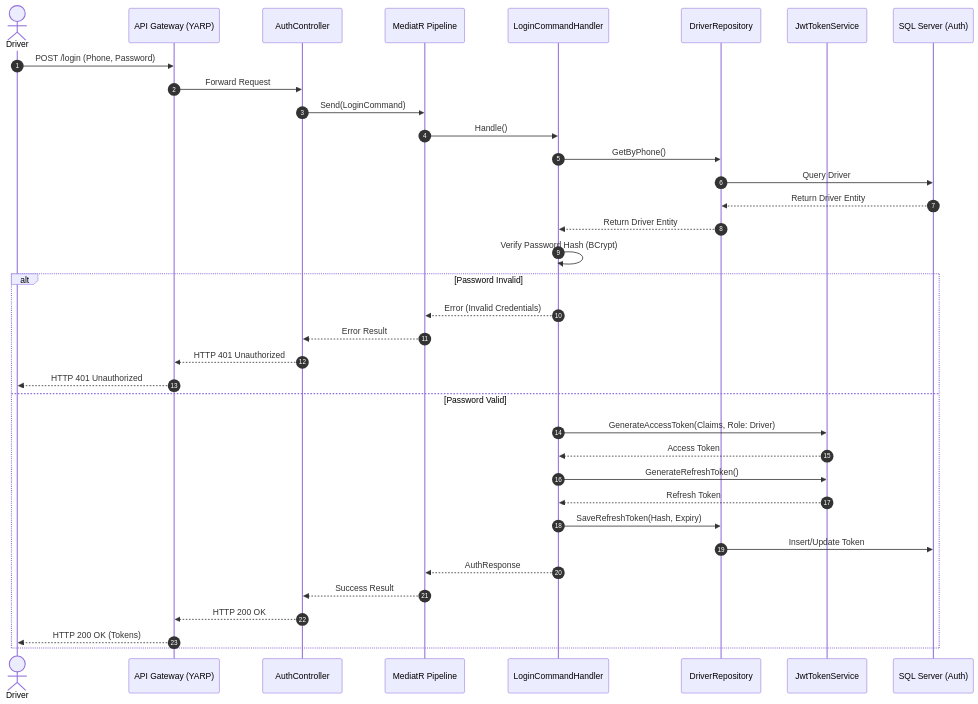
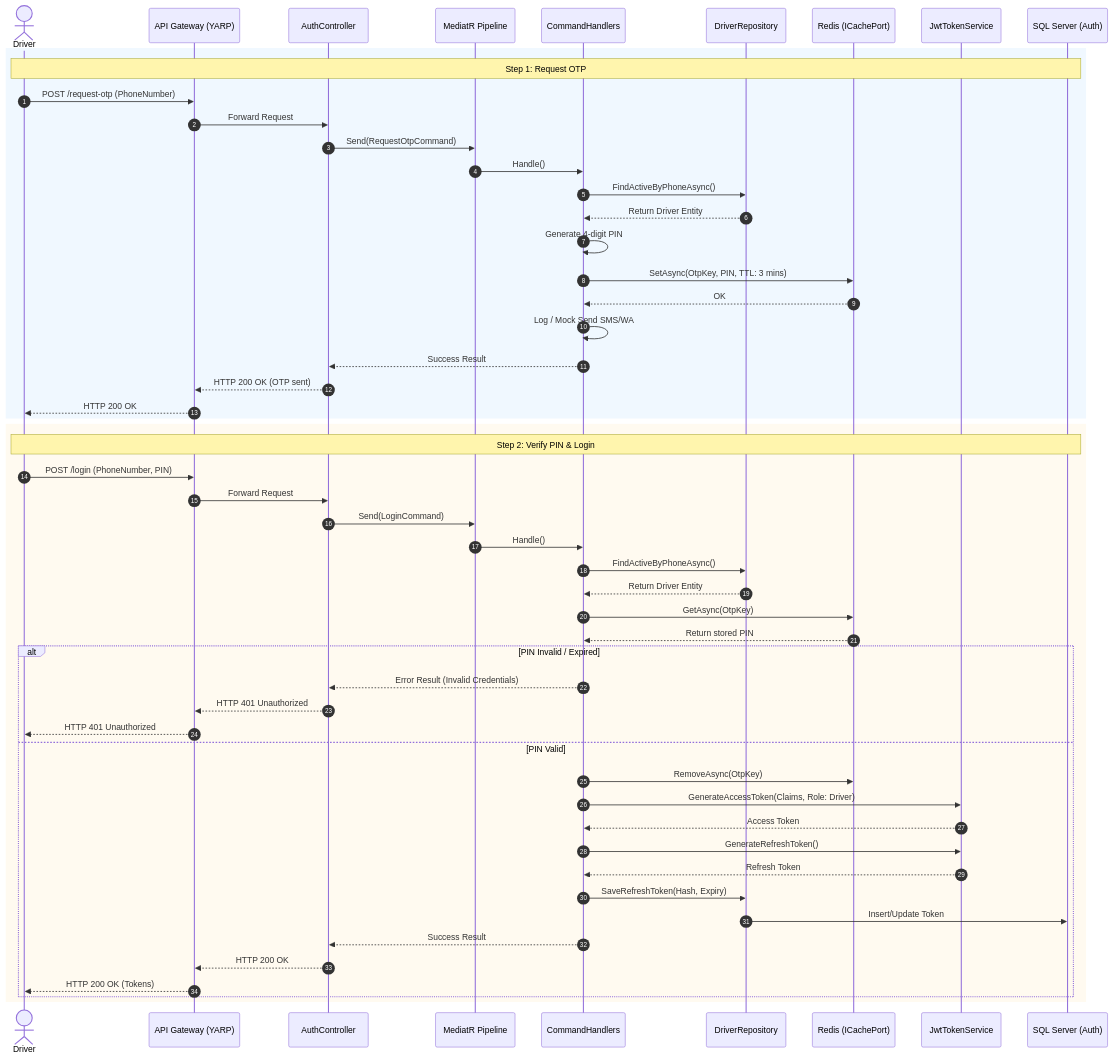
Before and after one commit to odealidj/minione-edcl-net: the first of 9 diagrams in docs/architecture/api-sequence-diagrams.md, drawn with Mermaid. The commit also changed other lines of this file and 148 other files, not shown here.

Commit message:
feat(auth): implement 2-step OTP login using Redis

````diff
--- a/docs/architecture/api-sequence-diagrams.md
+++ b/docs/architecture/api-sequence-diagrams.md
@@ -23,40 +23,59 @@
 ```mermaid
 sequenceDiagram
     autonumber
     actor Driver
     participant Gateway as API Gateway (YARP)
     participant Ctrl as AuthController
     participant MediatR as MediatR Pipeline
-    participant Hndl as LoginCommandHandler
+    participant Hndl as CommandHandlers
     participant Repo as DriverRepository
+    participant Cache as Redis (ICachePort)
     participant Jwt as JwtTokenService
     participant DB as SQL Server (Auth)
 
-    Driver->>Gateway: POST /login (Phone, Password)
+    rect rgb(240, 248, 255)
+    Note over Driver, DB: Step 1: Request OTP
+    Driver->>Gateway: POST /request-otp (PhoneNumber)
+    Gateway->>Ctrl: Forward Request
+    Ctrl->>MediatR: Send(RequestOtpCommand)
+    MediatR->>Hndl: Handle()
+    Hndl->>Repo: FindActiveByPhoneAsync()
+    Repo-->>Hndl: Return Driver Entity
+    Hndl->>Hndl: Generate 4-digit PIN
+    Hndl->>Cache: SetAsync(OtpKey, PIN, TTL: 3 mins)
+    Cache-->>Hndl: OK
+    Hndl->>Hndl: Log / Mock Send SMS/WA
+    Hndl-->>Ctrl: Success Result
+    Ctrl-->>Gateway: HTTP 200 OK (OTP sent)
+    Gateway-->>Driver: HTTP 200 OK
+    end
+
+    rect rgb(255, 250, 240)
+    Note over Driver, DB: Step 2: Verify PIN & Login
+    Driver->>Gateway: POST /login (PhoneNumber, PIN)
     Gateway->>Ctrl: Forward Request
     Ctrl->>MediatR: Send(LoginCommand)
     MediatR->>Hndl: Handle()
-    Hndl->>Repo: GetByPhone()
-    Repo->>DB: Query Driver
-    DB-->>Repo: Return Driver Entity
+    Hndl->>Repo: FindActiveByPhoneAsync()
     Repo-->>Hndl: Return Driver Entity
-    Hndl->>Hndl: Verify Password Hash (BCrypt)
+    Hndl->>Cache: GetAsync(OtpKey)
+    Cache-->>Hndl: Return stored PIN
     
-    alt Password Invalid
-        Hndl-->>MediatR: Error (Invalid Credentials)
-        MediatR-->>Ctrl: Error Result
+    alt PIN Invalid / Expired
+        Hndl-->>Ctrl: Error Result (Invalid Credentials)
         Ctrl-->>Gateway: HTTP 401 Unauthorized
         Gateway-->>Driver: HTTP 401 Unauthorized
-    else Password Valid
+    else PIN Valid
+        Hndl->>Cache: RemoveAsync(OtpKey)
         Hndl->>Jwt: GenerateAccessToken(Claims, Role: Driver)
         Jwt-->>Hndl: Access Token
         Hndl->>Jwt: GenerateRefreshToken()
         Jwt-->>Hndl: Refresh Token
         Hndl->>Repo: SaveRefreshToken(Hash, Expiry)
         Repo->>DB: Insert/Update Token
-        Hndl-->>MediatR: AuthResponse
-        MediatR-->>Ctrl: Success Result
+        Hndl-->>Ctrl: Success Result
         Ctrl-->>Gateway: HTTP 200 OK
         Gateway-->>Driver: HTTP 200 OK (Tokens)
     end
+    end
 ```
````
